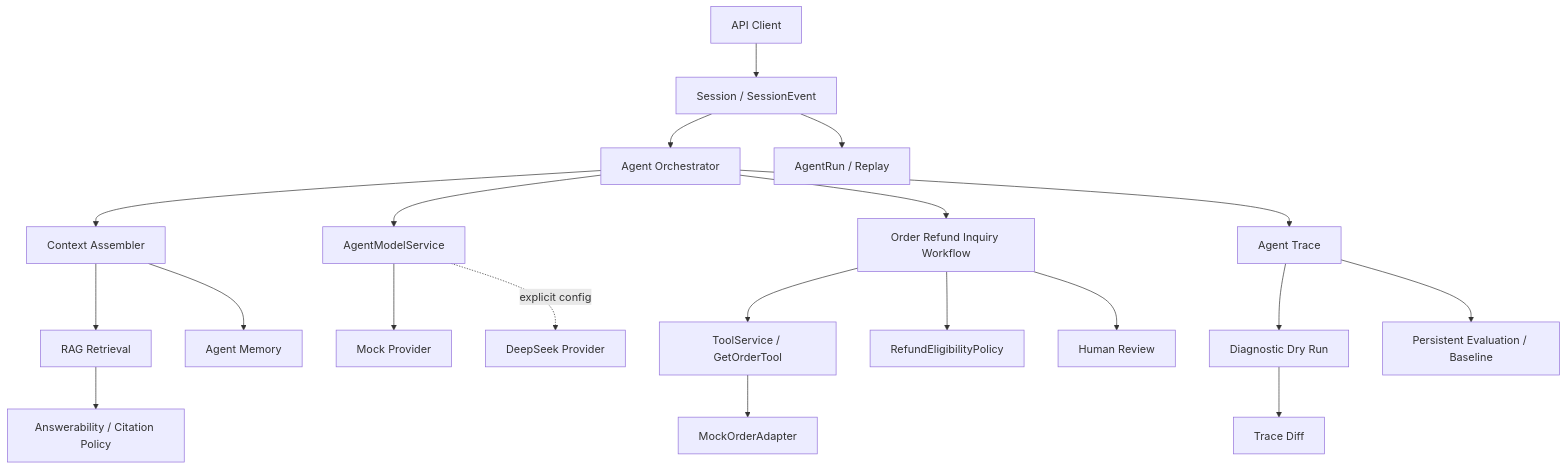
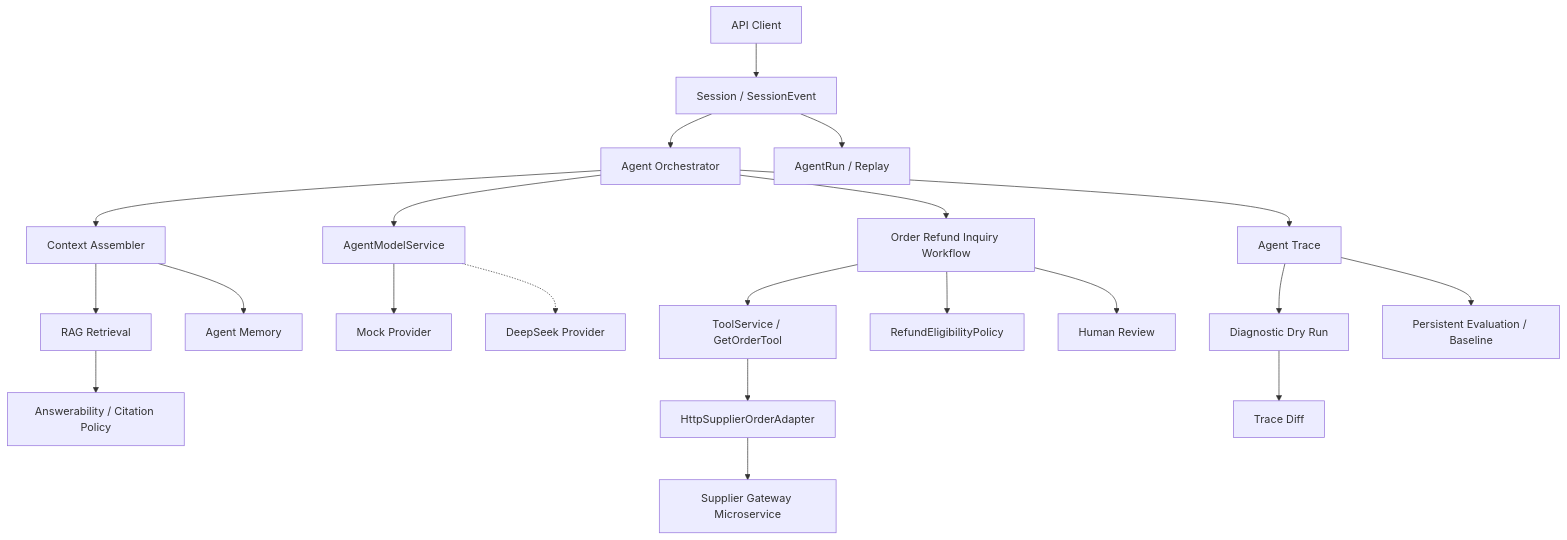
One commit to zeng1230/TravelCare_Agent changed the diagram in README.md. Above: the diagram before and after it, drawn with Mermaid. The commit also changed other lines of this file, not shown here.

````diff
--- a/README.md
+++ b/README.md
@@ -94,22 +52,23 @@
 ```mermaid
 flowchart TD
     Client[API Client] --> Session[Session / SessionEvent]
     Session --> Orchestrator[Agent Orchestrator]
     Orchestrator --> Context[Context Assembler]
     Context --> Retrieval[RAG Retrieval]
     Context --> Memory[Agent Memory]
     Retrieval --> Answerability[Answerability / Citation Policy]
     Orchestrator --> Model[AgentModelService]
     Model --> Mock[Mock Provider]
-    Model -. explicit config .-> DeepSeek[DeepSeek Provider]
+    Model -.-> DeepSeek[DeepSeek Provider]
     Orchestrator --> Workflow[Order Refund Inquiry Workflow]
     Workflow --> Tool[ToolService / GetOrderTool]
-    Tool --> Order[MockOrderAdapter]
+    Tool --> Order[HttpSupplierOrderAdapter]
+    Order --> Supplier[Supplier Gateway Microservice]
     Workflow --> Policy[RefundEligibilityPolicy]
     Workflow --> Human[Human Review]
     Session --> AgentRun[AgentRun / Replay]
     Orchestrator --> Trace[Agent Trace]
     Trace --> DryRun[Diagnostic Dry Run]
     DryRun --> Diff[Trace Diff]
     Trace --> Evaluation[Persistent Evaluation / Baseline]
 ```
````
